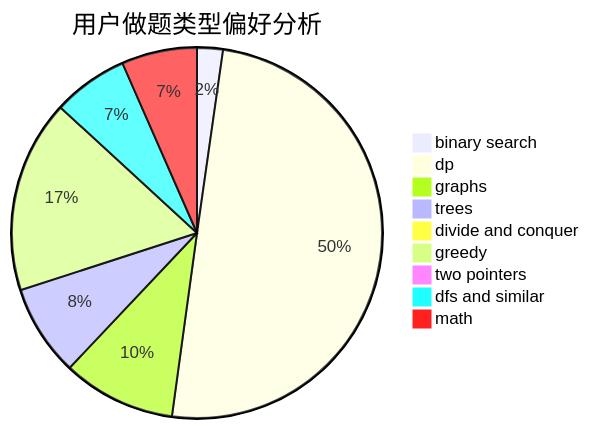
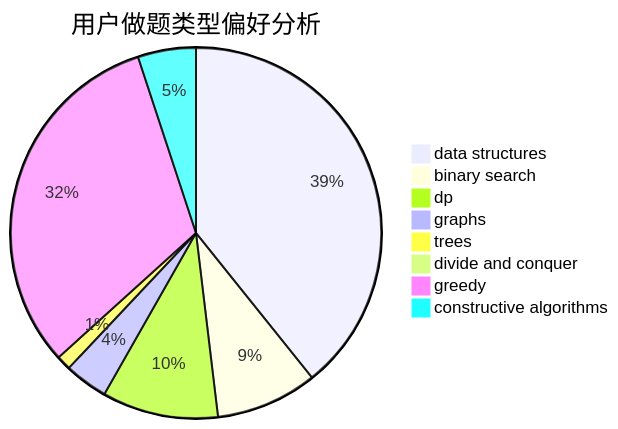
Before and after one commit to sherpahu/cfrs.github.io: the second of 3 diagrams in docs/user/u2361.md, drawn with Mermaid. The commit also changed other lines of this file and 2775 other files, not shown here.

````diff
--- a/docs/user/u2361.md
+++ b/docs/user/u2361.md
@@ -23,12 +23,11 @@
 ```mermaid
 pie title 用户做题类型偏好分析
-    "binary search" :  13
-    "dp" :  288
-    "graphs" :  57
-    "trees" :  46
+    "data structures" :  31
+    "binary search" :  7
+    "dp" :  8
+    "graphs" :  3
+    "trees" :  1
     "divide and conquer" :  0
-    "greedy" :  97
-    "two pointers" :  1
-    "dfs and similar" :  38
-    "math" :  38
+    "greedy" :  25
+    "constructive algorithms" :  4
 ```
````
